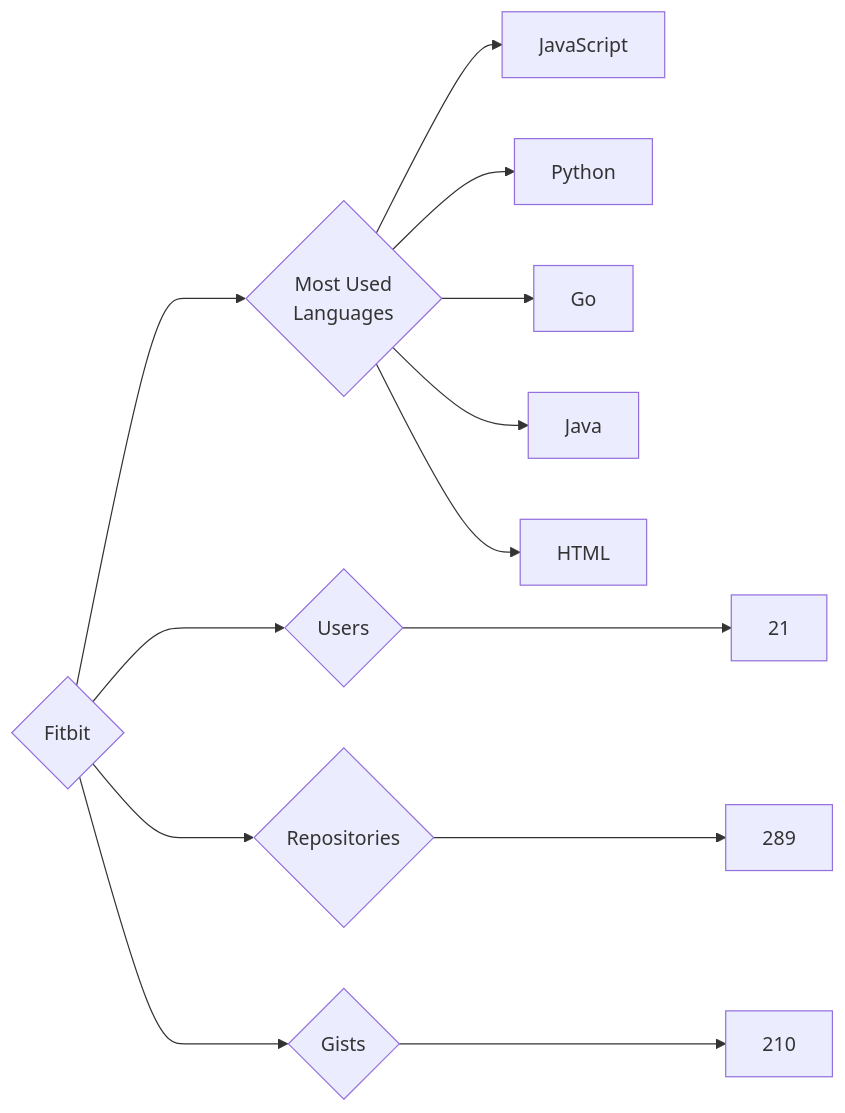
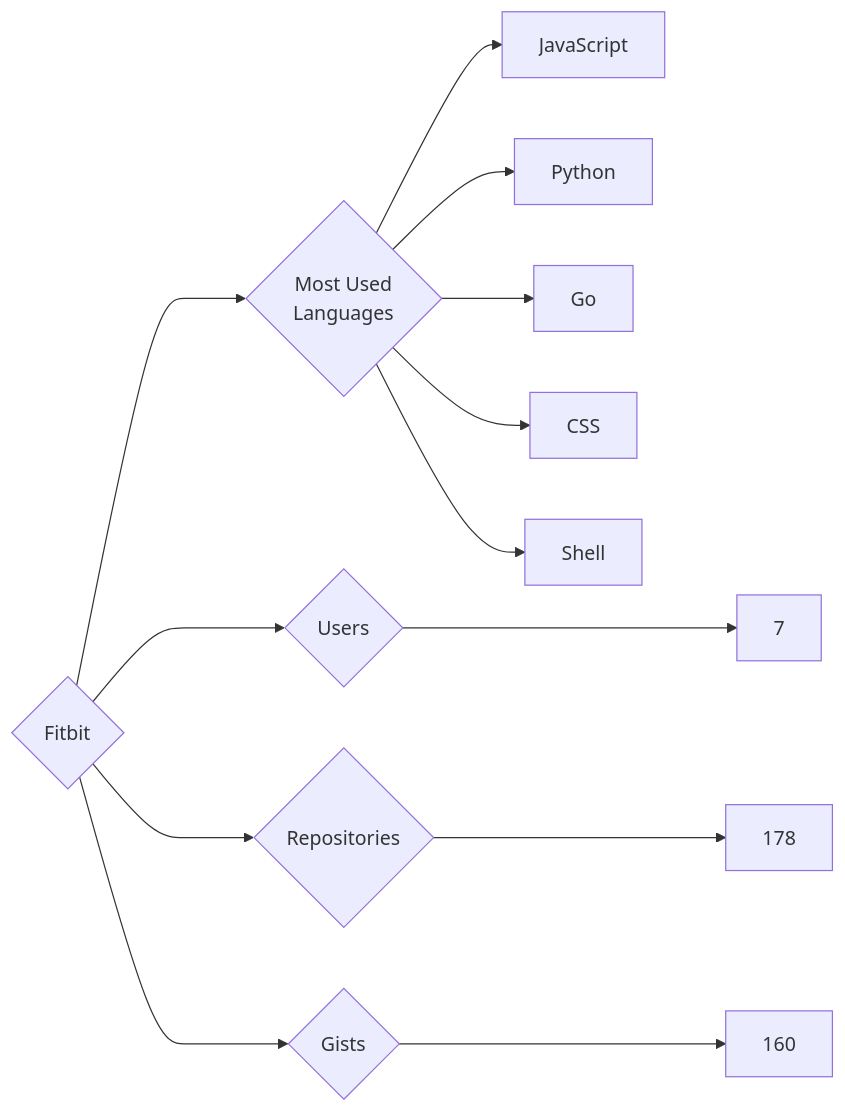
Before and after one commit to trickest/insiders: the diagram in targets/Fitbit/README.md, drawn with Mermaid. The commit also changed 895 other files, not shown here.

````diff
--- a/targets/Fitbit/README.md
+++ b/targets/Fitbit/README.md
@@ -3,13 +3,13 @@
 ```mermaid
 graph LR
 COMPANY_NAME{Fitbit}
-COMPANY_NAME ---> U{Users} ---> UN[21]
-COMPANY_NAME ---> R{Repositories} ---> RN[289]
-COMPANY_NAME ---> G{Gists} ---> GN[210]
+COMPANY_NAME ---> U{Users} ---> UN[7]
+COMPANY_NAME ---> R{Repositories} ---> RN[178]
+COMPANY_NAME ---> G{Gists} ---> GN[160]
 COMPANY_NAME ---> ML{Most Used<br>Languages}
 ML --> JavaScript[JavaScript]
 ML --> Python[Python]
 ML --> Go[Go]
-ML --> Java[Java]
-ML --> HTML[HTML]
+ML --> CSS[CSS]
+ML --> Shell[Shell]
 ```
````
